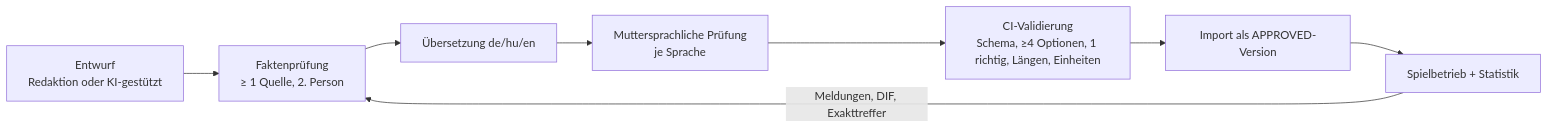
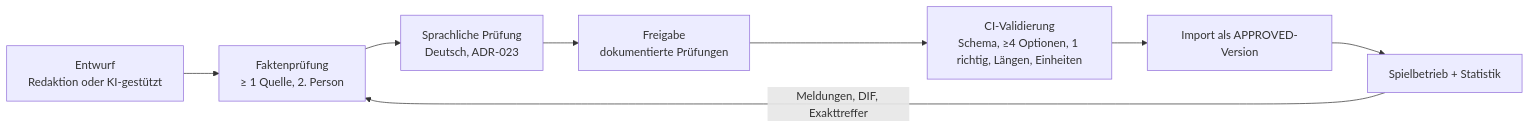
The second of 2 diagrams in docs/QUIZ_ENGINE.md (cibakhun/trivia-game), drawn with Mermaid before and after one commit. The commit also changed other lines of this file and 91 other files, not shown here.

````diff
--- a/docs/QUIZ_ENGINE.md
+++ b/docs/QUIZ_ENGINE.md
@@ -223,10 +225,10 @@
 ```mermaid
 flowchart LR
   A[Entwurf<br/>Redaktion oder KI-gestützt] --> B[Faktenprüfung<br/>≥ 1 Quelle, 2. Person]
-  B --> C[Übersetzung de/hu/en]
-  C --> D[Muttersprachliche Prüfung<br/>je Sprache]
+  B --> C[Sprachliche Prüfung<br/>Deutsch, ADR-023]
+  C --> D[Freigabe<br/>dokumentierte Prüfungen]
   D --> E[CI-Validierung<br/>Schema, ≥4 Optionen, 1 richtig, Längen, Einheiten]
   E --> F[Import als APPROVED-Version]
   F --> G[Spielbetrieb + Statistik]
   G -->|Meldungen, DIF, Exakttreffer| B
 ```
````
